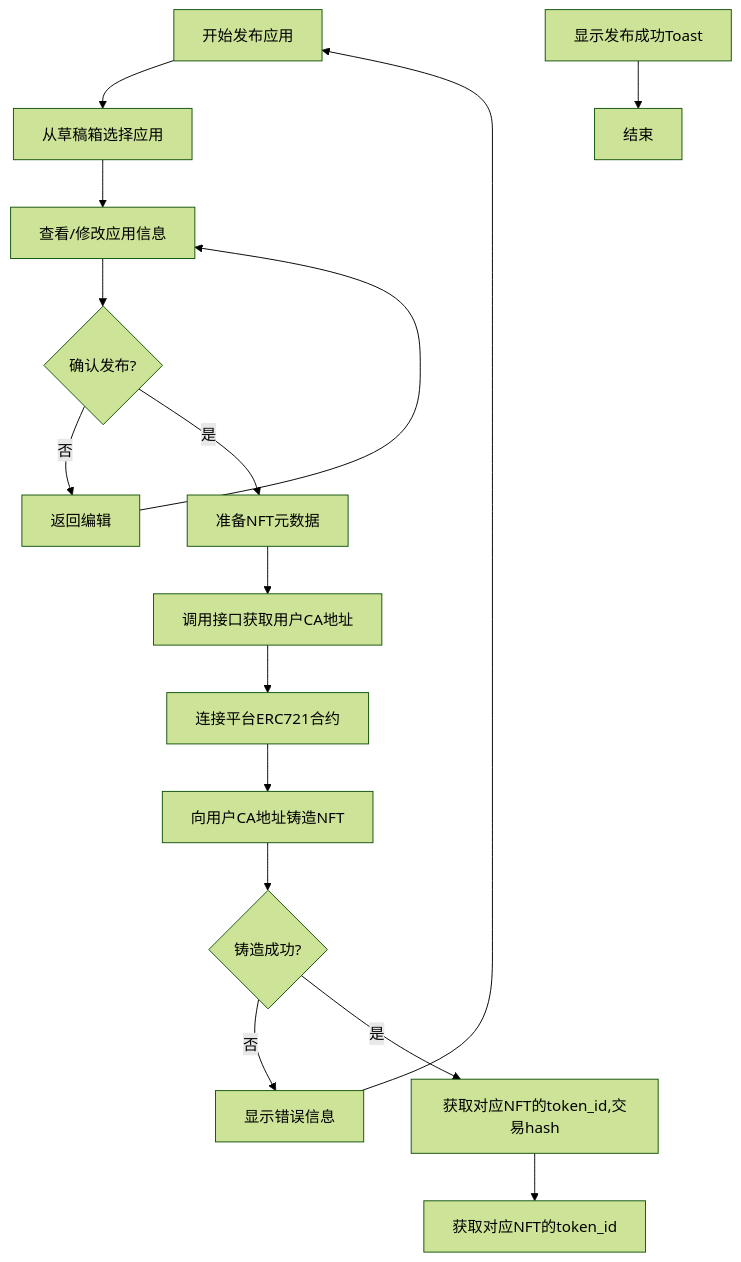
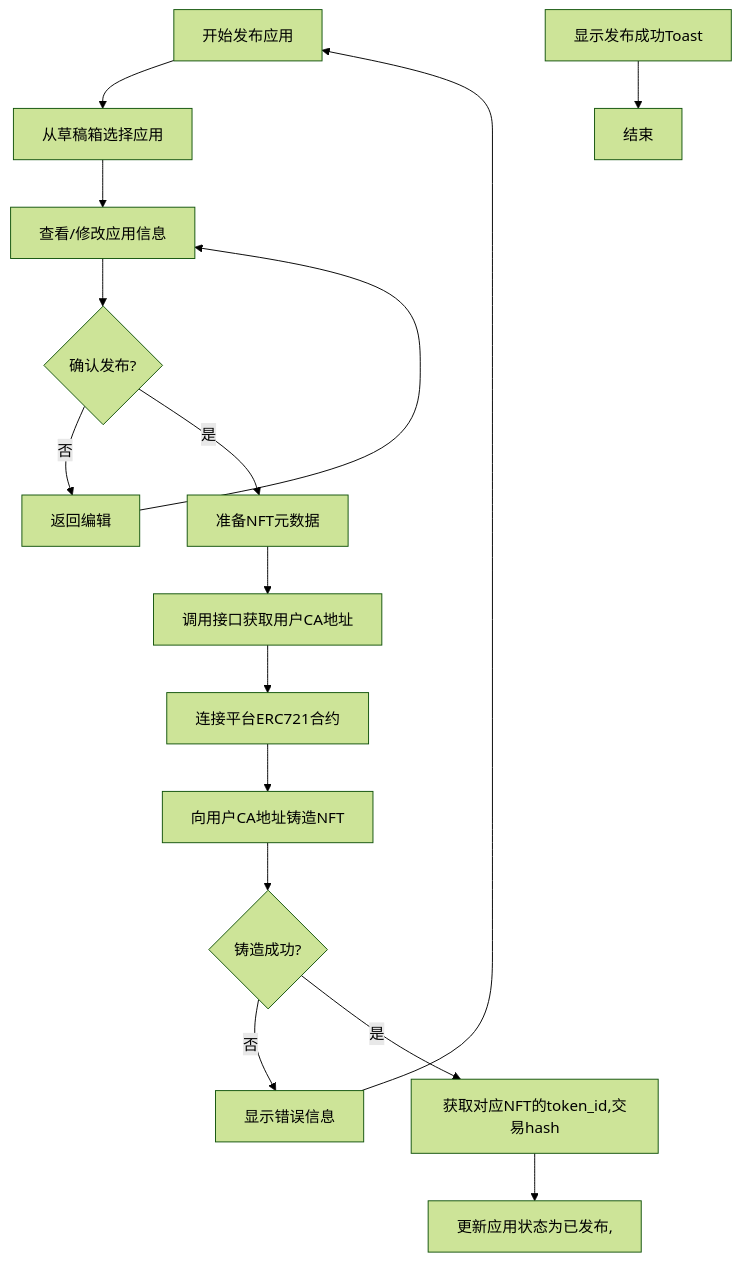
Before and after one commit to yingjianzh/iodraw-files: the diagram in all/未命名-66.md, drawn with Mermaid (forest theme).

Commit message:
2025-05-27 11:25:49 update

````diff
--- a/all/未命名-66.md
+++ b/all/未命名-66.md
@@ -1,21 +1,21 @@
 ```mermaid
 
 flowchart TD
     A[开始发布应用] --> B[从草稿箱选择应用]
     B --> C[查看/修改应用信息]
     C --> D{确认发布?}
     D -->|否| E[返回编辑]
     E --> C
     D -->|是| F[准备NFT元数据]
     F --> G[调用接口获取用户CA地址]
     G --> H[连接平台ERC721合约]
     H --> I[向用户CA地址铸造NFT]
     I --> J{铸造成功?}
     J -->|否| K[显示错误信息]
     K --> A
     J -->|是| L[获取对应NFT的token_id,交易hash]
-    L --> M[获取对应NFT的token_id]
+    L --> M[更新应用状态为已发布,]
     O[显示发布成功Toast]
     O --> P[结束]
 
 ```
````
